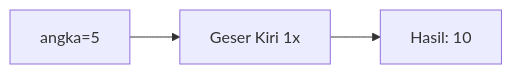
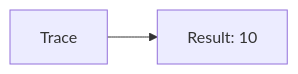
The third of 25 diagrams in part-c-pemahaman-cpp/06-bitwise/latihan/set-01.md (amnahwaida/OSNK_INF_PREP), drawn with Mermaid before and after one commit. The commit also changed other lines of this file and 71 other files, not shown here.

````diff
--- a/part-c-pemahaman-cpp/06-bitwise/latihan/set-01.md
+++ b/part-c-pemahaman-cpp/06-bitwise/latihan/set-01.md
@@ -21,5 +64,4 @@
 ```mermaid
 graph LR
-A["angka=5"] --> B["Geser Kiri 1x"]
-B --> C["Hasil: 10"]
+A[Trace] --> B[Result: 10]
 ```
````
